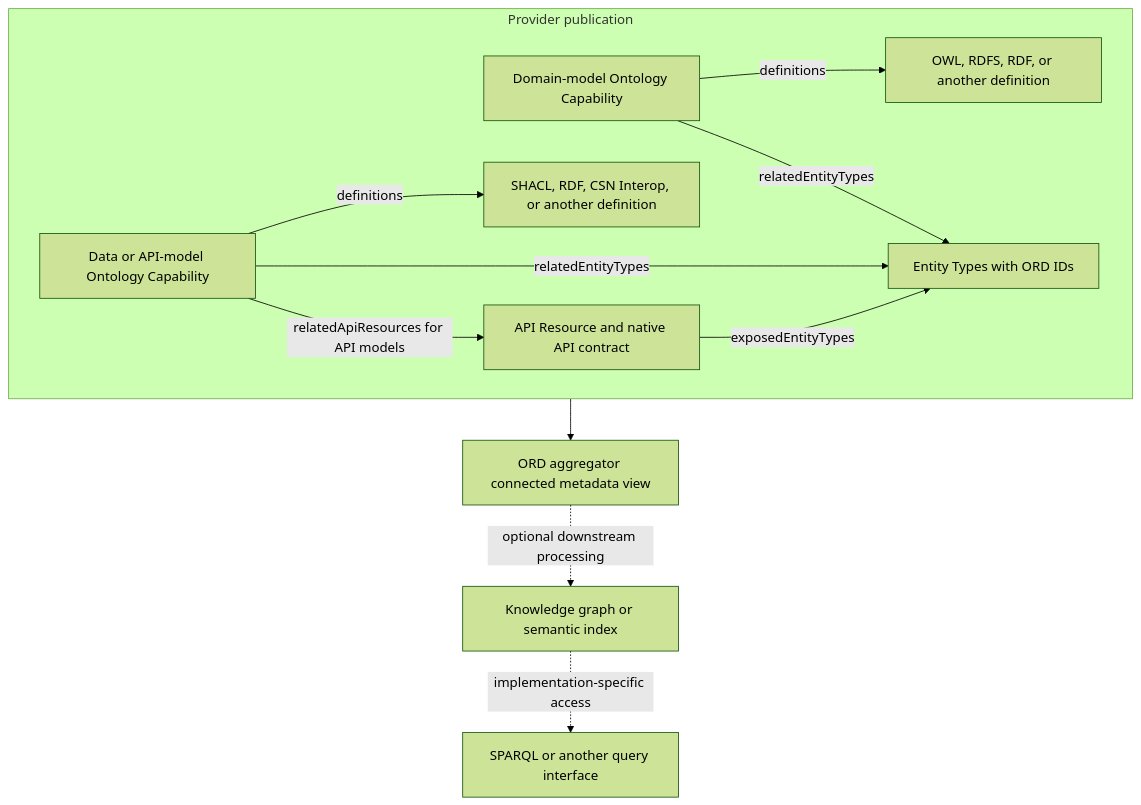
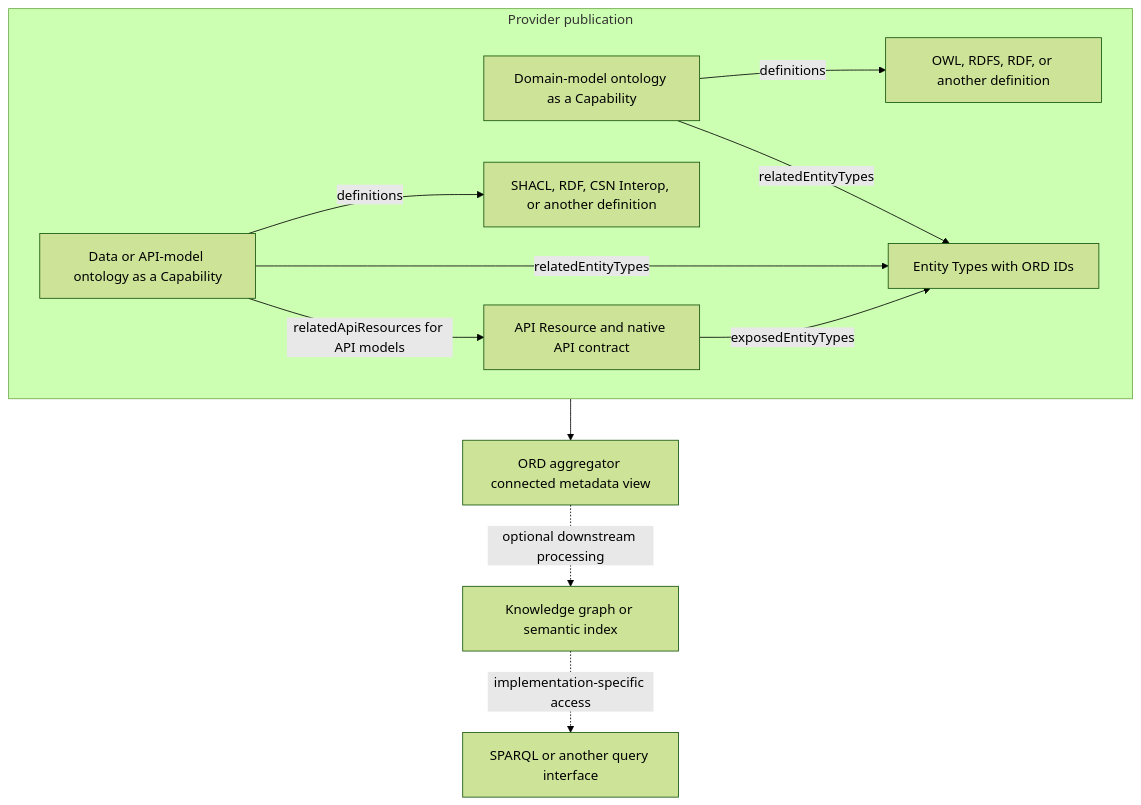
Before and after one commit to open-resource-discovery/specification: the diagram in docs/spec-v1/concepts/ontologies.md, drawn with Mermaid (forest theme). The commit also changed other lines of this file and 4 other files, not shown here.

````diff
--- a/docs/spec-v1/concepts/ontologies.md
+++ b/docs/spec-v1/concepts/ontologies.md
@@ -48,22 +48,22 @@
 ```mermaid
 flowchart TB
   subgraph Provider[Provider publication]
-    DomainOntology[Domain-model Ontology Capability]
-    ContractOntology[Data or API-model Ontology Capability]
+    DomainOntology[Domain-model ontology as a Capability]
+    ContractOntology[Data or API-model ontology as a Capability]
     EntityTypes[Entity Types with ORD IDs]
     Contracts[API Resource and native API contract]
     DomainDefinition[OWL, RDFS, RDF, or another definition]
     ContractDefinition[SHACL, RDF, CSN Interop, or another definition]
 
     DomainOntology -->|definitions| DomainDefinition
     ContractOntology -->|definitions| ContractDefinition
     DomainOntology -->|relatedEntityTypes| EntityTypes
     ContractOntology -->|relatedEntityTypes| EntityTypes
     ContractOntology -->|relatedApiResources for API models| Contracts
     Contracts -->|exposedEntityTypes| EntityTypes
   end
 
   Provider --> Aggregator[ORD aggregator connected metadata view]
   Aggregator -. optional downstream processing .-> KnowledgeGraph[Knowledge graph or semantic index]
   KnowledgeGraph -. implementation-specific access .-> Sparql[SPARQL or another query interface]
 ```
````
